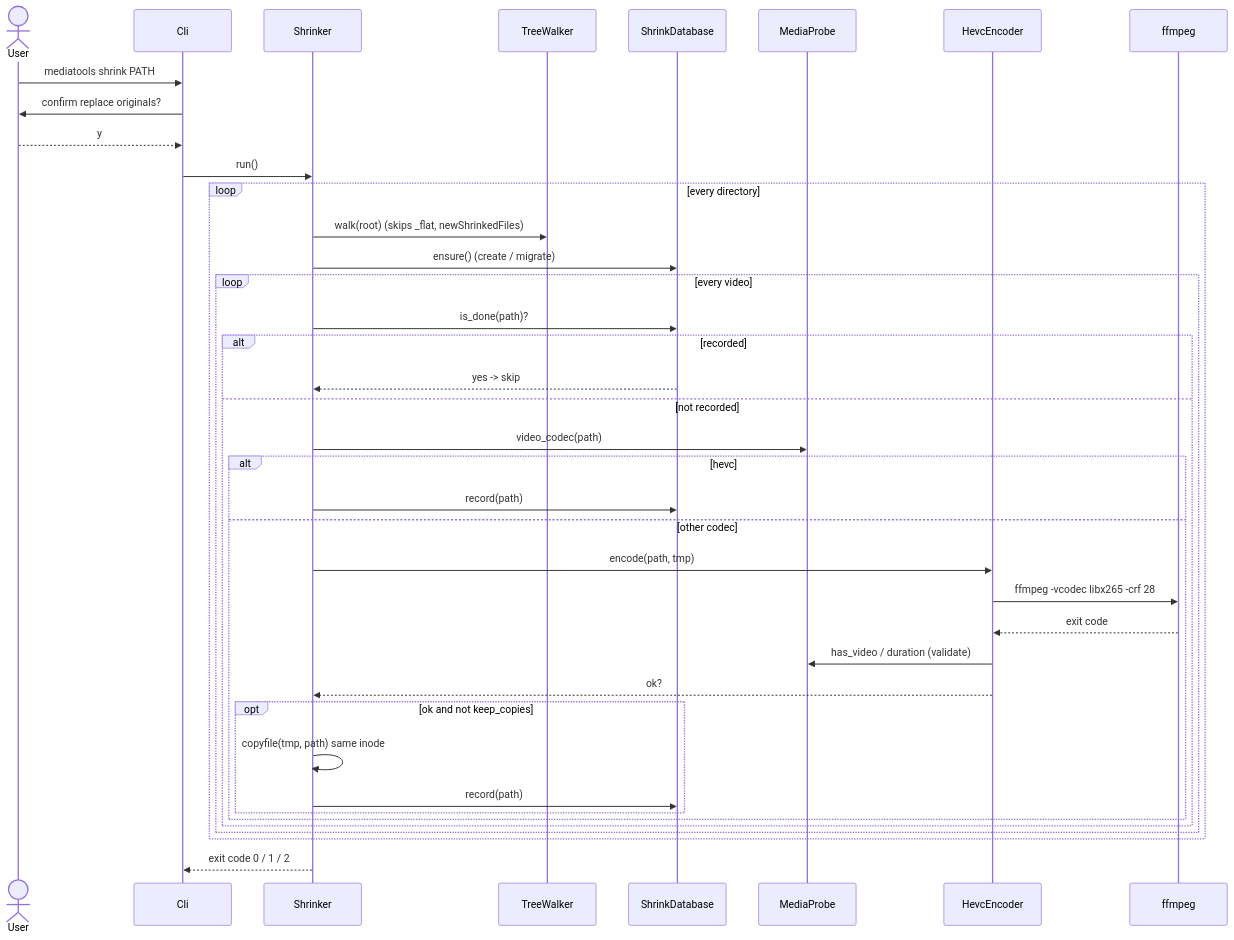
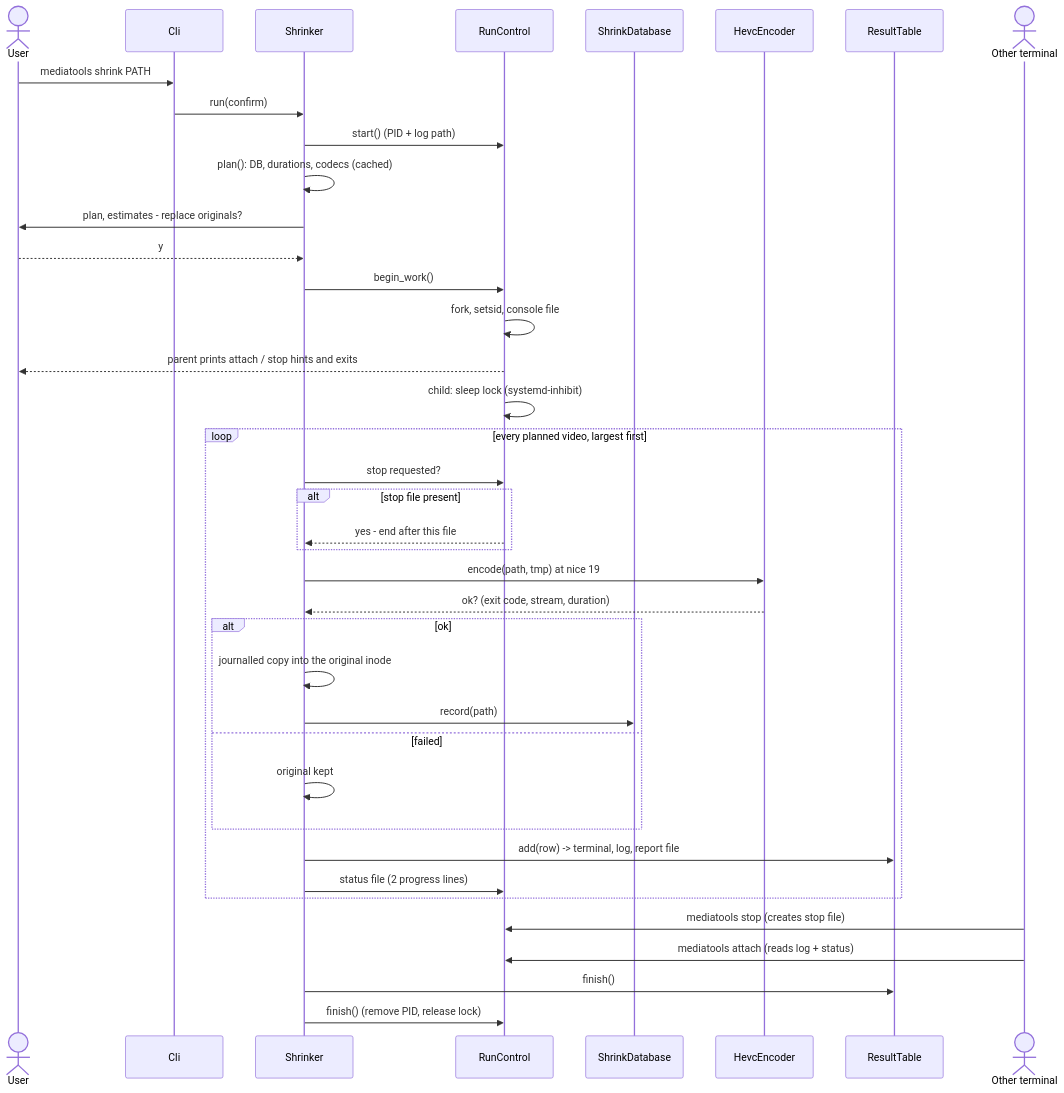
Before and after one commit to peddanet/mediatools: the diagram in docs/img/seq_shrink.mmd, drawn with Mermaid. The commit also changed 31 other files, not shown here.

First line of the commit message:
Release 1.2.7: 'mediatools update' applies delivered release patches

```diff
--- a/docs/img/seq_shrink.mmd
+++ b/docs/img/seq_shrink.mmd
@@ -1,39 +1,39 @@
 sequenceDiagram
   actor U as User
   participant C as Cli
   participant S as Shrinker
-  participant W as TreeWalker
+  participant R as RunControl
   participant D as ShrinkDatabase
-  participant P as MediaProbe
   participant E as HevcEncoder
-  participant F as ffmpeg
+  participant T as ResultTable
+  actor O as Other terminal
   U->>C: mediatools shrink PATH
-  C->>U: confirm replace originals?
-  U-->>C: y
-  C->>S: run()
-  loop every directory
-    S->>W: walk(root) (skips _flat, newShrinkedFiles)
-    S->>D: ensure() (create / migrate)
-    loop every video
-      S->>D: is_done(path)?
-      alt recorded
-        D-->>S: yes -> skip
-      else not recorded
-        S->>P: video_codec(path)
-        alt hevc
-          S->>D: record(path)
-        else other codec
-          S->>E: encode(path, tmp)
-          E->>F: ffmpeg -vcodec libx265 -crf 28
-          F-->>E: exit code
-          E->>P: has_video / duration (validate)
-          E-->>S: ok?
-          opt ok and not keep_copies
-            S->>S: copyfile(tmp, path) same inode
-            S->>D: record(path)
-          end
-        end
-      end
+  C->>S: run(confirm)
+  S->>R: start() (PID + log path)
+  S->>S: plan(): DB, durations, codecs (cached)
+  S->>U: plan, estimates - replace originals?
+  U-->>S: y
+  S->>R: begin_work()
+  R->>R: fork, setsid, console file
+  R-->>U: parent prints attach / stop hints and exits
+  R->>R: child: sleep lock (systemd-inhibit)
+  loop every planned video, largest first
+    S->>R: stop requested?
+    alt stop file present
+      R-->>S: yes - end after this file
     end
+    S->>E: encode(path, tmp) at nice 19
+    E-->>S: ok? (exit code, stream, duration)
+    alt ok
+      S->>S: journalled copy into the original inode
+      S->>D: record(path)
+    else failed
+      S->>S: original kept
+    end
+    S->>T: add(row) -> terminal, log, report file
+    S->>R: status file (2 progress lines)
   end
-  S-->>C: exit code 0 / 1 / 2
+  O->>R: mediatools stop (creates stop file)
+  O->>R: mediatools attach (reads log + status)
+  S->>T: finish()
+  S->>R: finish() (remove PID, release lock)
```
